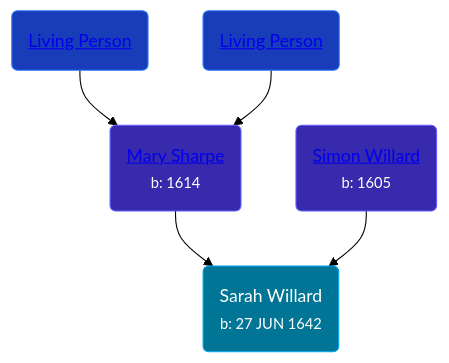
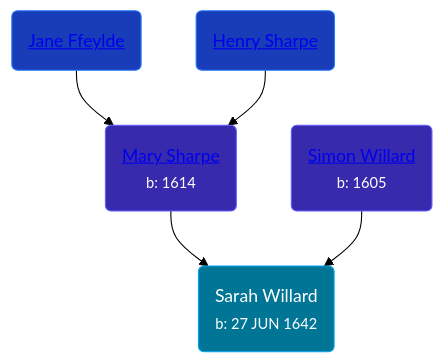
One commit to wpmgotkh/wpmgotkh.github.io changed the diagram in pages/people/6/60626504.md. Above: the diagram before and after it, drawn with Mermaid (forest theme). The commit also changed 586 other files, not shown here.

Commit message:
feat: better shouldConsiderPersonLiving algo

````diff
--- a/pages/people/6/60626504.md
+++ b/pages/people/6/60626504.md
@@ -10,11 +10,11 @@
 ```mermaid
 graph
 classDef grands fill:#193cb8,stroke:#2b7fff,stroke-width:1px,color:#fff;
 classDef parents fill:#372aac,stroke:#615fff,stroke-width:1px,color:#fff;
 classDef primary fill:#007595,stroke:#00a6f4,stroke-width:1px,color:#fff;
 60626504(Sarah Willard<br /><small>b: 27 JUN 1642</small>):::primary
 10735316(<a class="text-white" href="/people/1/10735316">Mary Sharpe</a><br /><small>b: 1614</small>):::parents-->60626504
-96496385(<a class="text-white" href="/people/9/96496385">Living Person</a>):::grands-->10735316
-46530053(<a class="text-white" href="/people/4/46530053">Living Person</a>):::grands-->10735316
+96496385(<a class="text-white" href="/people/9/96496385">Jane Ffeylde</a>):::grands-->10735316
+46530053(<a class="text-white" href="/people/4/46530053">Henry Sharpe</a>):::grands-->10735316
 86485776(<a class="text-white" href="/people/8/86485776">Simon Willard</a><br /><small>b: 1605</small>):::parents-->60626504
 ```
````
